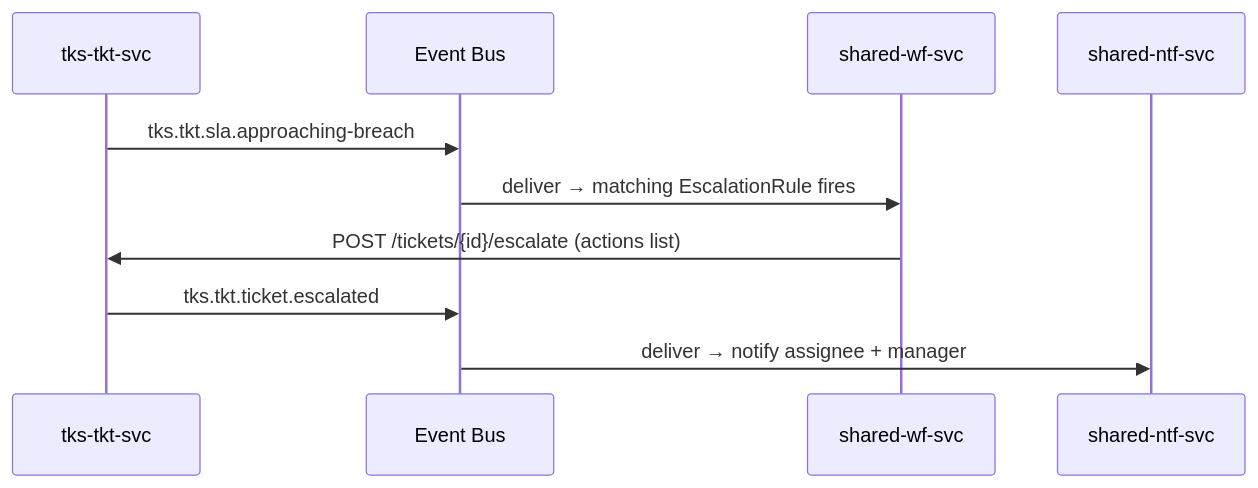
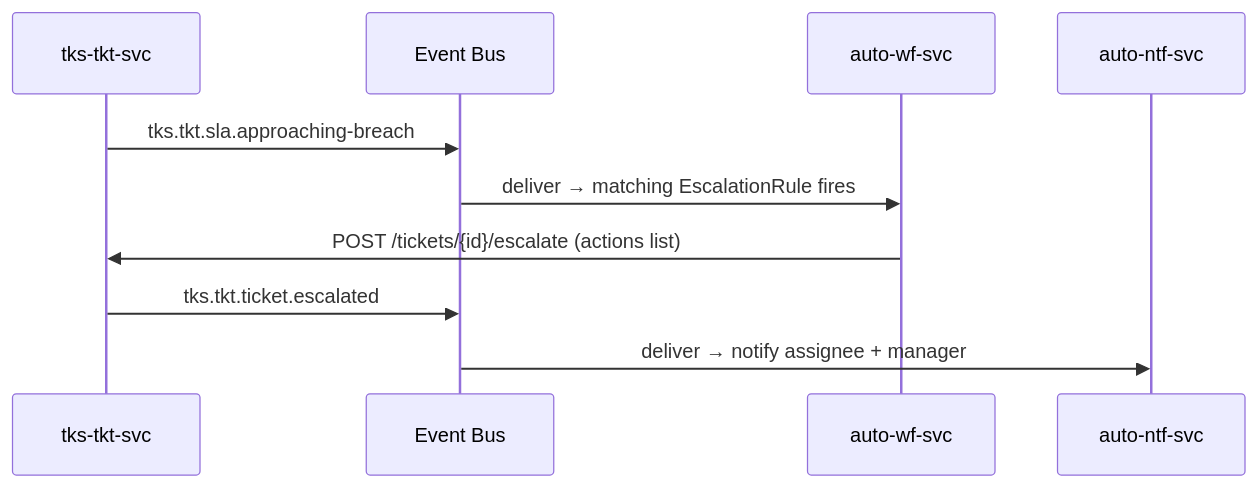
Before and after one commit to openleap-io/io.openleap.dev.spec: the fifth of 7 diagrams in T3_Domains/TKS/_tks_suite.md, drawn with Mermaid. The commit also changed other lines of this file and 8 other files, not shown here.

First line of the commit message:
refactor(T2): update T3 cross-refs and root README to shared/auto suite names

````diff
--- a/T3_Domains/TKS/_tks_suite.md
+++ b/T3_Domains/TKS/_tks_suite.md
@@ -355,13 +355,13 @@
 ```mermaid
 sequenceDiagram
     participant T as tks-tkt-svc
     participant B as Event Bus
-    participant W as shared-wf-svc
-    participant N as shared-ntf-svc
+    participant W as auto-wf-svc
+    participant N as auto-ntf-svc
 
     T->>B: tks.tkt.sla.approaching-breach
     B->>W: deliver → matching EscalationRule fires
     W->>T: POST /tickets/{id}/escalate (actions list)
     T->>B: tks.tkt.ticket.escalated
     B->>N: deliver → notify assignee + manager
 ```
````
